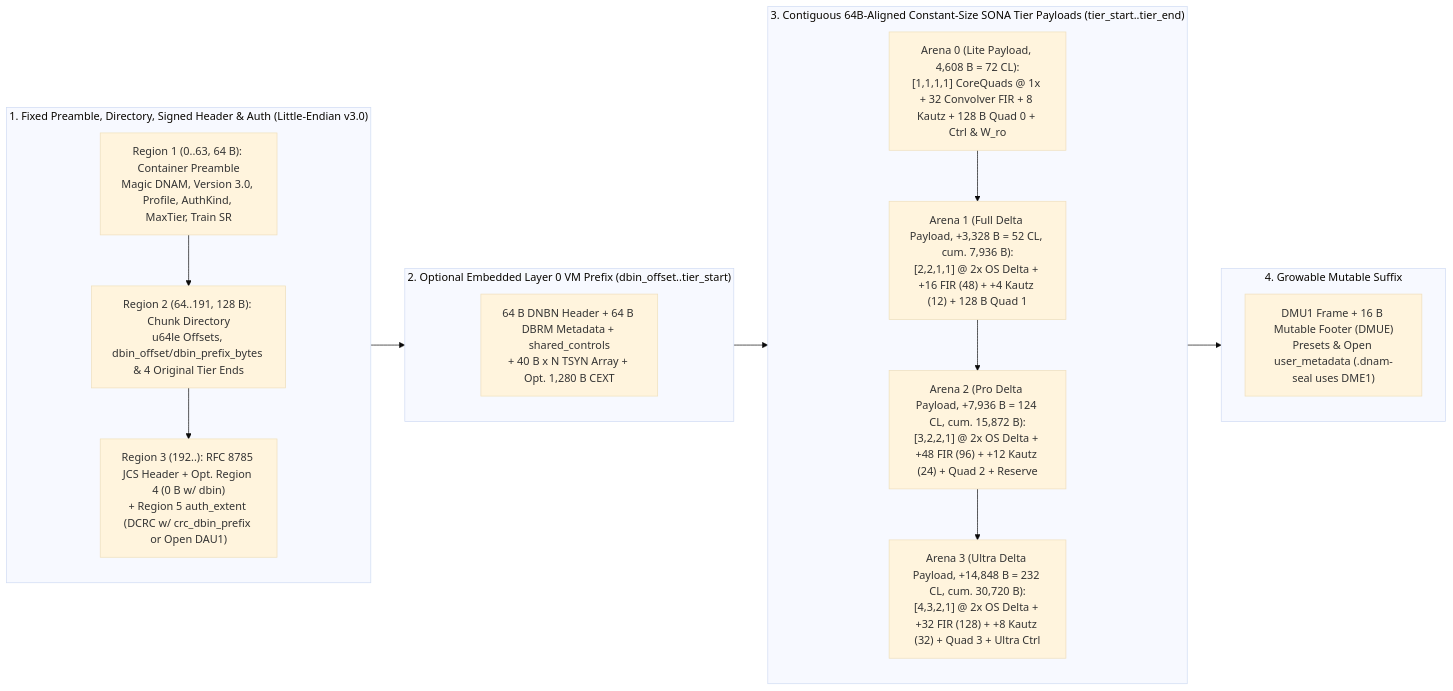
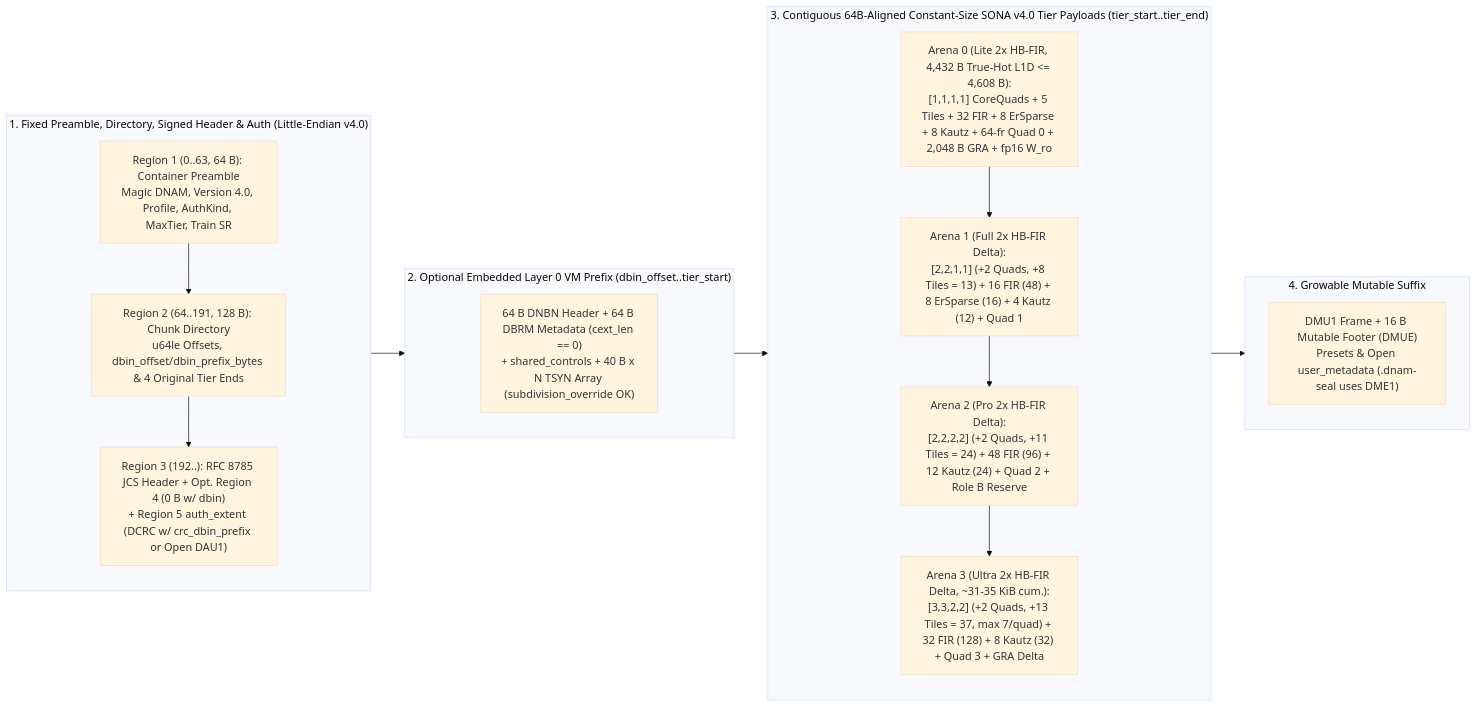
Before and after one commit to mokugen/dnam: the diagram in docs/specs/containers/dnam_binary_format.md, drawn with Mermaid (base theme). The commit also changed other lines of this file and 16 other files, not shown here.

Commit message:
docs(specs): C1.3 update container, security, training, and SDK specs for SONA v4.0

````diff
--- a/docs/specs/containers/dnam_binary_format.md
+++ b/docs/specs/containers/dnam_binary_format.md
@@ -57,29 +63,29 @@
 ```mermaid
 flowchart LR
-    subgraph Header ["1. Fixed Preamble, Directory, Signed Header & Auth (Little-Endian v3.0)"]
+    subgraph Header ["1. Fixed Preamble, Directory, Signed Header & Auth (Little-Endian v4.0)"]
         direction TB
-        P["Region 1 (0..63, 64 B): Container Preamble<br/>Magic DNAM, Version 3.0, Profile, AuthKind, MaxTier, Train SR"]
+        P["Region 1 (0..63, 64 B): Container Preamble<br/>Magic DNAM, Version 4.0, Profile, AuthKind, MaxTier, Train SR"]
         D["Region 2 (64..191, 128 B): Chunk Directory<br/>u64le Offsets, dbin_offset/dbin_prefix_bytes & 4 Original Tier Ends"]
         H["Region 3 (192..): RFC 8785 JCS Header + Opt. Region 4 (0 B w/ dbin)<br/>+ Region 5 auth_extent (DCRC w/ crc_dbin_prefix or Open DAU1)"]
         P --> D --> H
     end
 
     subgraph DbinPrefix ["2. Optional Embedded Layer 0 VM Prefix (dbin_offset..tier_start)"]
-        DB["64 B DNBN Header + 64 B DBRM Metadata + shared_controls<br/>+ 40 B x N TSYN Array + Opt. 1,280 B CEXT"]
+        DB["64 B DNBN Header + 64 B DBRM Metadata (cext_len == 0)<br/>+ shared_controls + 40 B x N TSYN Array (subdivision_override OK)"]
     end
 
-    subgraph Arenas ["3. Contiguous 64B-Aligned Constant-Size SONA Tier Payloads (tier_start..tier_end)"]
+    subgraph Arenas ["3. Contiguous 64B-Aligned Constant-Size SONA v4.0 Tier Payloads (tier_start..tier_end)"]
         direction TB
-        A0["Arena 0 (Lite Payload, 4,608 B = 72 CL):<br/>[1,1,1,1] CoreQuads @ 1x + 32 Convolver FIR + 8 Kautz + 128 B Quad 0 + Ctrl & W_ro"]
-        A1["Arena 1 (Full Delta Payload, +3,328 B = 52 CL, cum. 7,936 B):<br/>[2,2,1,1] @ 2x OS Delta + +16 FIR (48) + +4 Kautz (12) + 128 B Quad 1"]
-        A2["Arena 2 (Pro Delta Payload, +7,936 B = 124 CL, cum. 15,872 B):<br/>[3,2,2,1] @ 2x OS Delta + +48 FIR (96) + +12 Kautz (24) + Quad 2 + Reserve"]
-        A3["Arena 3 (Ultra Delta Payload, +14,848 B = 232 CL, cum. 30,720 B):<br/>[4,3,2,1] @ 2x OS Delta + +32 FIR (128) + +8 Kautz (32) + Quad 3 + Ultra Ctrl"]
+        A0["Arena 0 (Lite 2x HB-FIR, 4,432 B True-Hot L1D <= 4,608 B):<br/>[1,1,1,1] CoreQuads + 5 Tiles + 32 FIR + 8 ErSparse + 8 Kautz + 64-fr Quad 0 + 2,048 B GRA + fp16 W_ro"]
+        A1["Arena 1 (Full 2x HB-FIR Delta):<br/>[2,2,1,1] (+2 Quads, +8 Tiles = 13) + 16 FIR (48) + 8 ErSparse (16) + 4 Kautz (12) + Quad 1"]
+        A2["Arena 2 (Pro 2x HB-FIR Delta):<br/>[2,2,2,2] (+2 Quads, +11 Tiles = 24) + 48 FIR (96) + 12 Kautz (24) + Quad 2 + Role B Reserve"]
+        A3["Arena 3 (Ultra 2x HB-FIR Delta, ~31-35 KiB cum.):<br/>[3,3,2,2] (+2 Quads, +13 Tiles = 37, max 7/quad) + 32 FIR (128) + 8 Kautz (32) + Quad 3 + GRA Delta"]
         A0 --> A1 --> A2 --> A3
     end
 
     subgraph Suffix ["4. Growable Mutable Suffix"]
         M["DMU1 Frame + 16 B Mutable Footer (DMUE)<br/>Presets & Open user_metadata (.dnam-seal uses DME1)"]
     end
 
     Header --> DbinPrefix --> Arenas --> Suffix
 ```
````
